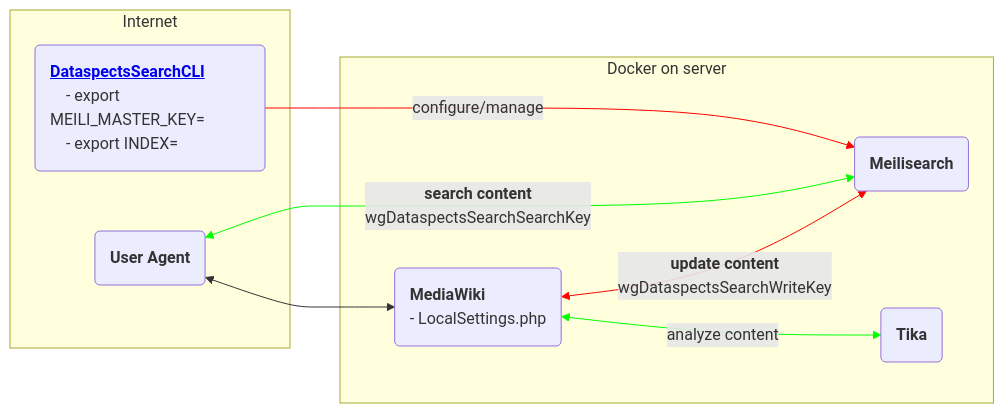
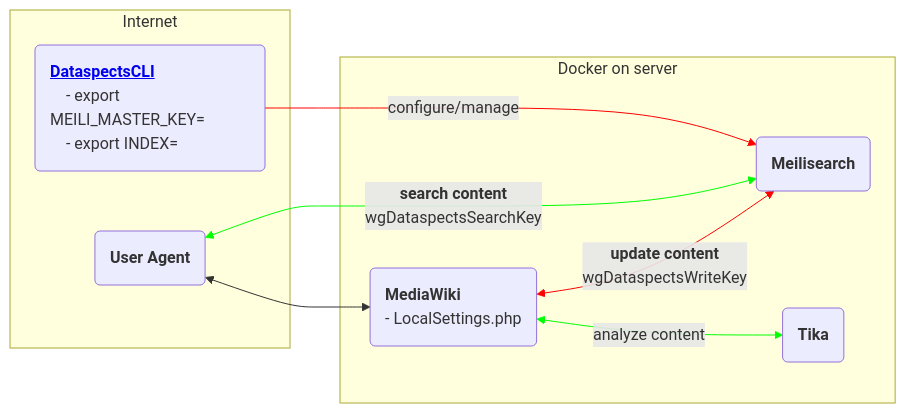
The diagram in README.md (dataspects/mediawiki-extensions-Dataspects), drawn with Mermaid before and after one commit. The commit also changed other lines of this file and 15 other files, not shown here.

````diff
--- a/README.md
+++ b/README.md
@@ -7,27 +7,27 @@
 ```mermaid
 flowchart LR
 
   subgraph Docker on server
     mediawiki("<b>MediaWiki</b>
     - LocalSettings.php")
     meilisearch("<b>Meilisearch</b>")
     tika("<b>Tika</b>")
   end
 
   subgraph Internet
     userAgent("<b>User Agent</b>")
-    DataspectsSearchCLI("<b><a href='https://github.com/dataspects/DataspectsSearchCLI'>DataspectsSearchCLI</a></b>
+    DataspectsCLI("<b><a href='https://github.com/dataspects/DataspectsCLI'>DataspectsCLI</a></b>
     - export MEILI_MASTER_KEY=
     - export INDEX=")
   end
 
-  DataspectsSearchCLI-->|configure/manage|meilisearch
-  userAgent<-->|<b>search content</b><br/>wgDataspectsSearchSearchKey|meilisearch
+  DataspectsCLI-->|configure/manage|meilisearch
+  userAgent<-->|<b>search content</b><br/>wgDataspectsSearchKey|meilisearch
   userAgent<-->mediawiki
-  mediawiki<-->|<b>update content</b><br/>wgDataspectsSearchWriteKey|meilisearch
+  mediawiki<-->|<b>update content</b><br/>wgDataspectsWriteKey|meilisearch
   mediawiki<-->|analyze content|tika
   
 classDef default text-align:left;
 linkStyle 0,3 stroke:#ff0000
 linkStyle 1,4 stroke:#00ff00
 ```
````
